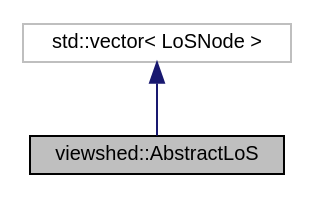
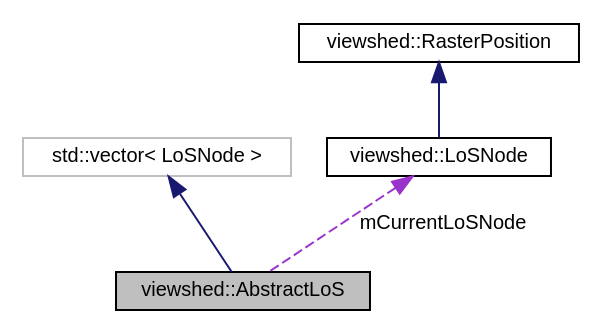
Before and after one commit to JanCaha/cpp-viewshed-library: the diagram in classviewshed_1_1AbstractLoS__coll__graph.dot, drawn with Graphviz. The commit also changed 74 other files, not shown here.

```diff
--- a/classviewshed_1_1AbstractLoS__coll__graph.dot
+++ b/classviewshed_1_1AbstractLoS__coll__graph.dot
@@ -1,9 +1,13 @@
 digraph "viewshed::AbstractLoS"
 {
  // LATEX_PDF_SIZE
   edge [fontname="Helvetica",fontsize="10",labelfontname="Helvetica",labelfontsize="10"];
   node [fontname="Helvetica",fontsize="10",shape=record];
   Node1 [label="viewshed::AbstractLoS",height=0.2,width=0.4,color="black", fillcolor="grey75", style="filled", fontcolor="black",tooltip="Abstract class that represent line-of-sight (LoS). Consists of LoSNodes, view point and target point ..."];
   Node2 -> Node1 [dir="back",color="midnightblue",fontsize="10",style="solid",fontname="Helvetica"];
   Node2 [label="std::vector\< LoSNode \>",height=0.2,width=0.4,color="grey75", fillcolor="white", style="filled",tooltip=" "];
+  Node3 -> Node1 [dir="back",color="darkorchid3",fontsize="10",style="dashed",label=" mCurrentLoSNode" ,fontname="Helvetica"];
+  Node3 [label="viewshed::LoSNode",height=0.2,width=0.4,color="black", fillcolor="white", style="filled",URL="$classviewshed_1_1LoSNode.html",tooltip="Representation of single cell that creates a point on LoS."];
+  Node4 -> Node3 [dir="back",color="midnightblue",fontsize="10",style="solid",fontname="Helvetica"];
+  Node4 [label="viewshed::RasterPosition",height=0.2,width=0.4,color="black", fillcolor="white", style="filled",URL="$classviewshed_1_1RasterPosition.html",tooltip="Class to represent position on raster in term of row and column."];
 }
```
